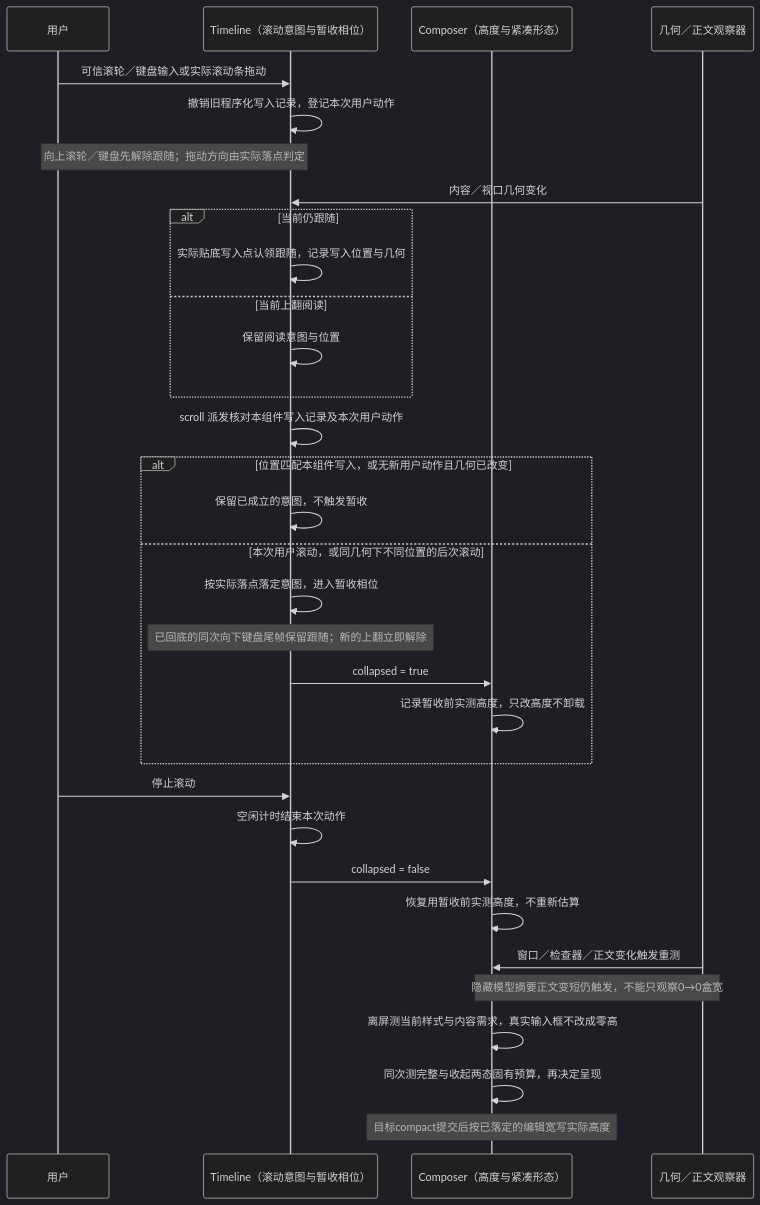
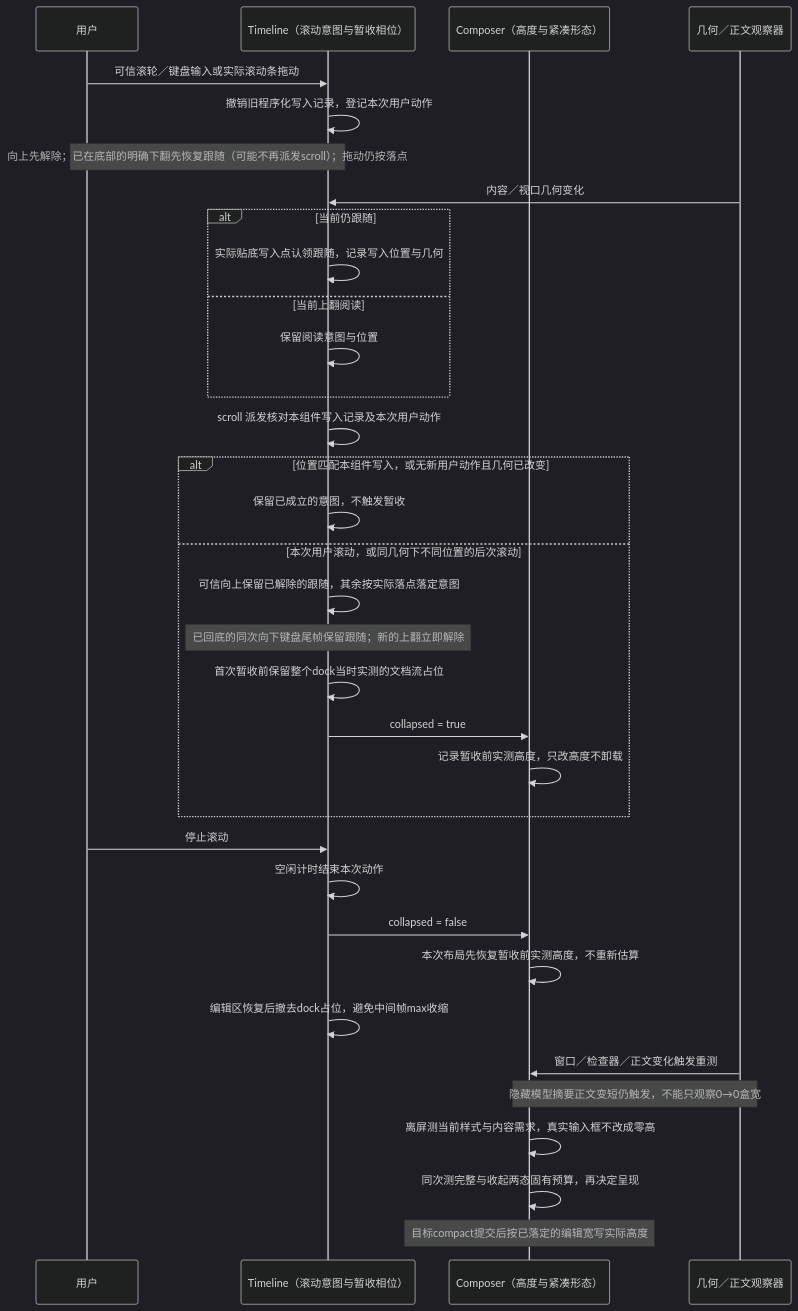
One commit to ssdiwu/dcode changed diagram 22 of 26 in doc/架构约定.md. Above: the diagram before and after it, drawn with Mermaid (dark theme). The commit also changed other lines of this file and 31 other files, not shown here.

````diff
--- a/doc/架构约定.md
+++ b/doc/架构约定.md
@@ -630,35 +660,37 @@
 ```mermaid
 sequenceDiagram
     participant 用户
     participant 时间线 as Timeline（滚动意图与暂收相位）
     participant 编辑区 as Composer（高度与紧凑形态）
     participant 观察器 as 几何／正文观察器
 
     用户->>时间线: 可信滚轮／键盘输入或实际滚动条拖动
     时间线->>时间线: 撤销旧程序化写入记录，登记本次用户动作
-    Note over 用户,时间线: 向上滚轮／键盘先解除跟随；拖动方向由实际落点判定
+    Note over 用户,时间线: 向上先解除；已在底部的明确下翻先恢复跟随（可能不再派发scroll）；拖动仍按落点
     观察器->>时间线: 内容／视口几何变化
     alt 当前仍跟随
         时间线->>时间线: 实际贴底写入点认领跟随，记录写入位置与几何
     else 当前上翻阅读
         时间线->>时间线: 保留阅读意图与位置
     end
     时间线->>时间线: scroll 派发核对本组件写入记录及本次用户动作
     alt 位置匹配本组件写入，或无新用户动作且几何已改变
         时间线->>时间线: 保留已成立的意图，不触发暂收
     else 本次用户滚动，或同几何下不同位置的后次滚动
-        时间线->>时间线: 按实际落点落定意图，进入暂收相位
+        时间线->>时间线: 可信向上保留已解除的跟随，其余按实际落点落定意图
         Note over 时间线: 已回底的同次向下键盘尾帧保留跟随；新的上翻立即解除
+        时间线->>时间线: 首次暂收前保留整个dock当时实测的文档流占位
         时间线->>编辑区: collapsed = true
         编辑区->>编辑区: 记录暂收前实测高度，只改高度不卸载
     end
     用户->>时间线: 停止滚动
     时间线->>时间线: 空闲计时结束本次动作
     时间线->>编辑区: collapsed = false
-    编辑区->>编辑区: 恢复用暂收前实测高度，不重新估算
+    编辑区->>编辑区: 本次布局先恢复暂收前实测高度，不重新估算
+    时间线->>时间线: 编辑区恢复后撤去dock占位，避免中间帧max收缩
     观察器->>编辑区: 窗口／检查器／正文变化触发重测
     Note over 观察器,编辑区: 隐藏模型摘要正文变短仍触发，不能只观察0→0盒宽
     编辑区->>编辑区: 离屏测当前样式与内容需求，真实输入框不改成零高
     编辑区->>编辑区: 同次测完整与收起两态固有预算，再决定呈现
     Note over 编辑区: 目标compact提交后按已落定的编辑宽写实际高度
 ```
````
